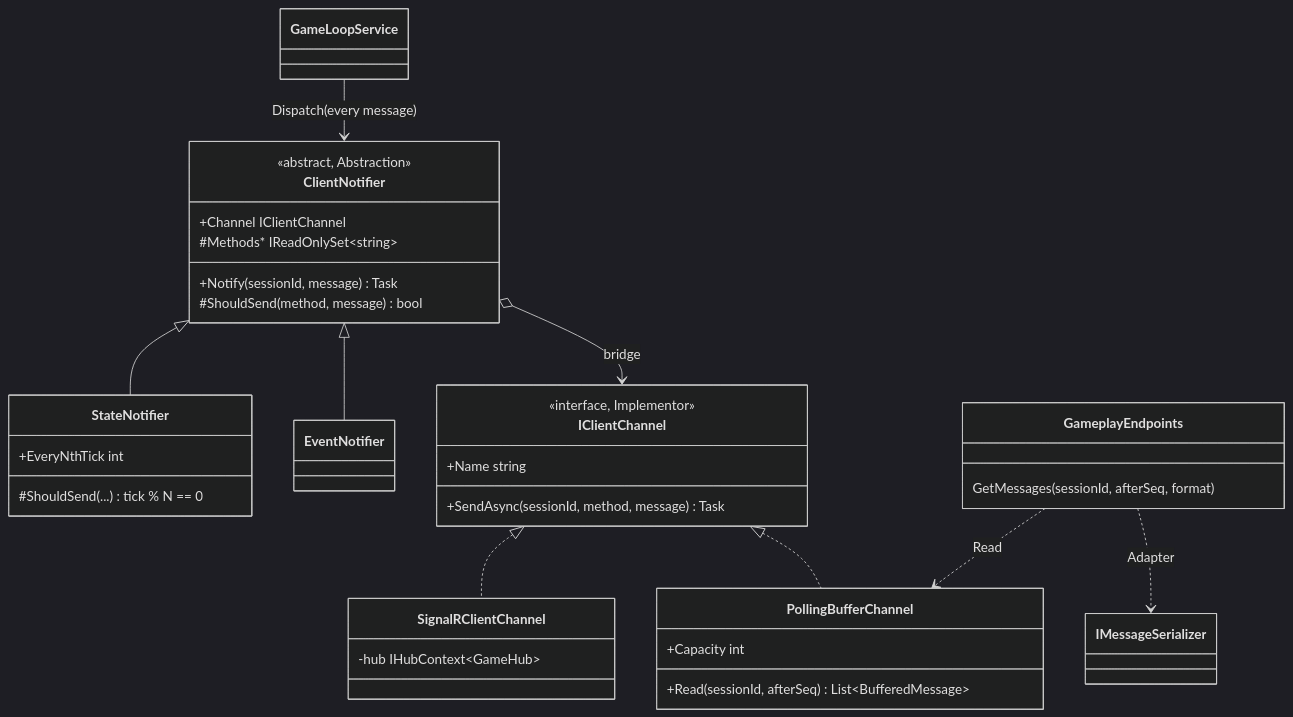
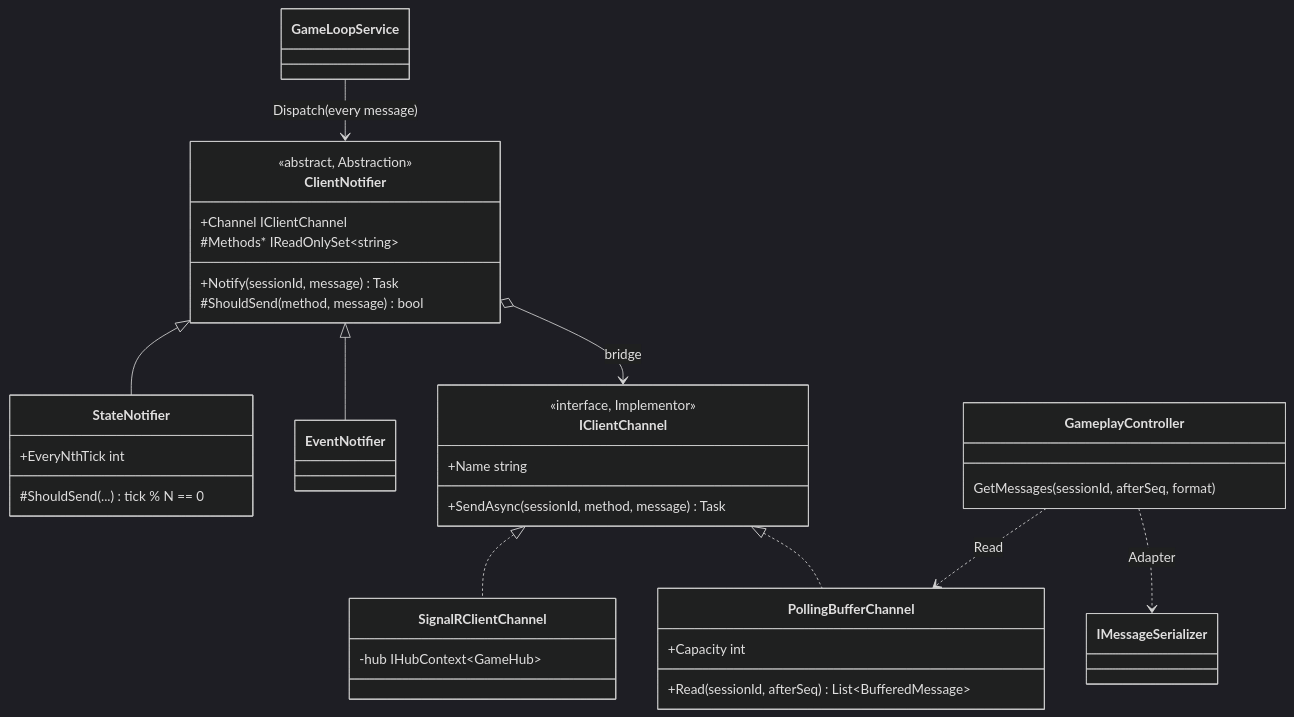
The second of 2 diagrams in docs/patterns/Bridge.md (YoBoyJonas/OPP), drawn with Mermaid (dark theme) before and after one commit. The commit also changed 29 other files, not shown here.

````diff
--- a/docs/patterns/Bridge.md
+++ b/docs/patterns/Bridge.md
@@ -70,39 +70,39 @@
 ```mermaid
 classDiagram
     class ClientNotifier {
         <<abstract, Abstraction>>
         +Channel IClientChannel
         +Notify(sessionId, message) Task
         #Methods* IReadOnlySet~string~
         #ShouldSend(method, message) bool
     }
     class StateNotifier {
         +EveryNthTick int
         #ShouldSend(...) tick % N == 0
     }
     class EventNotifier
     class IClientChannel {
         <<interface, Implementor>>
         +Name string
         +SendAsync(sessionId, method, message) Task
     }
     class SignalRClientChannel {
         -hub IHubContext~GameHub~
     }
     class PollingBufferChannel {
         +Capacity int
         +Read(sessionId, afterSeq) List~BufferedMessage~
     }
     class GameLoopService
-    class GameplayEndpoints {
+    class GameplayController {
         GetMessages(sessionId, afterSeq, format)
     }
     ClientNotifier <|-- StateNotifier
     ClientNotifier <|-- EventNotifier
     ClientNotifier o--> IClientChannel : bridge
     IClientChannel <|.. SignalRClientChannel
     IClientChannel <|.. PollingBufferChannel
     GameLoopService --> ClientNotifier : Dispatch(every message)
-    GameplayEndpoints ..> PollingBufferChannel : Read
-    GameplayEndpoints ..> IMessageSerializer : Adapter
+    GameplayController ..> PollingBufferChannel : Read
+    GameplayController ..> IMessageSerializer : Adapter
 ```
````
